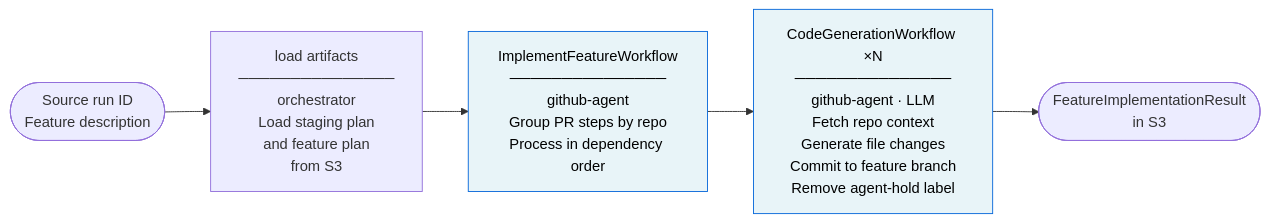
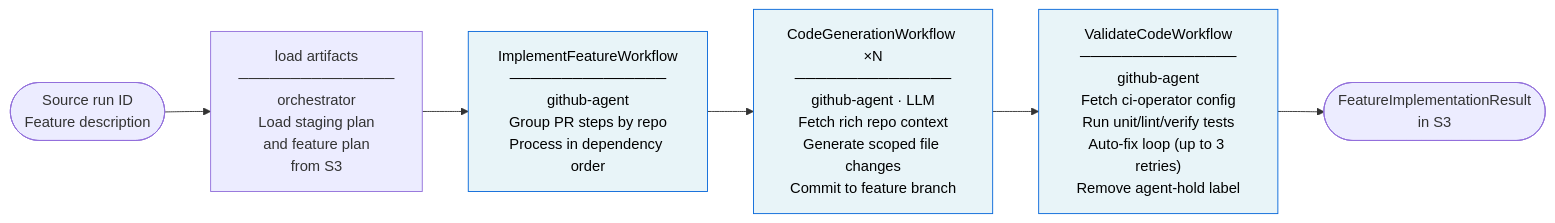
One commit to openshift-splat-team/splat-sdlc-operator changed the eighth of 8 diagrams in README.md. Above: the diagram before and after it, drawn with Mermaid. The commit also changed other lines of this file and 24 other files, not shown here.

First line of the commit message:
feat: rich repo context, S3 caching, pre-PR CI validation, and scope guardrails

````diff
--- a/README.md
+++ b/README.md
@@ -255,15 +256,18 @@
 ```mermaid
 flowchart LR
     IN(["Source run ID\nFeature description"]) --> A
 
     A["load artifacts\n───────────────\norchestrator\nLoad staging plan\nand feature plan\nfrom S3"]
 
     A --> B["ImplementFeatureWorkflow\n───────────────\ngithub-agent\nGroup PR steps by repo\nProcess in dependency order"]
 
-    B --> C["CodeGenerationWorkflow ×N\n───────────────\ngithub-agent · LLM\nFetch repo context\nGenerate file changes\nCommit to feature branch\nRemove agent-hold label"]
+    B --> C["CodeGenerationWorkflow ×N\n───────────────\ngithub-agent · LLM\nFetch rich repo context\nGenerate scoped file changes\nCommit to feature branch"]
 
-    C --> OUT([FeatureImplementationResult\nin S3])
+    C --> V["ValidateCodeWorkflow\n───────────────\ngithub-agent\nFetch ci-operator config\nRun unit/lint/verify tests\nAuto-fix loop (up to 3 retries)\nRemove agent-hold label"]
+
+    V --> OUT([FeatureImplementationResult\nin S3])
 
     style B fill:#e8f4f8,stroke:#0969da,color:#000
     style C fill:#e8f4f8,stroke:#0969da,color:#000
+    style V fill:#e8f4f8,stroke:#0969da,color:#000
 ```
````
